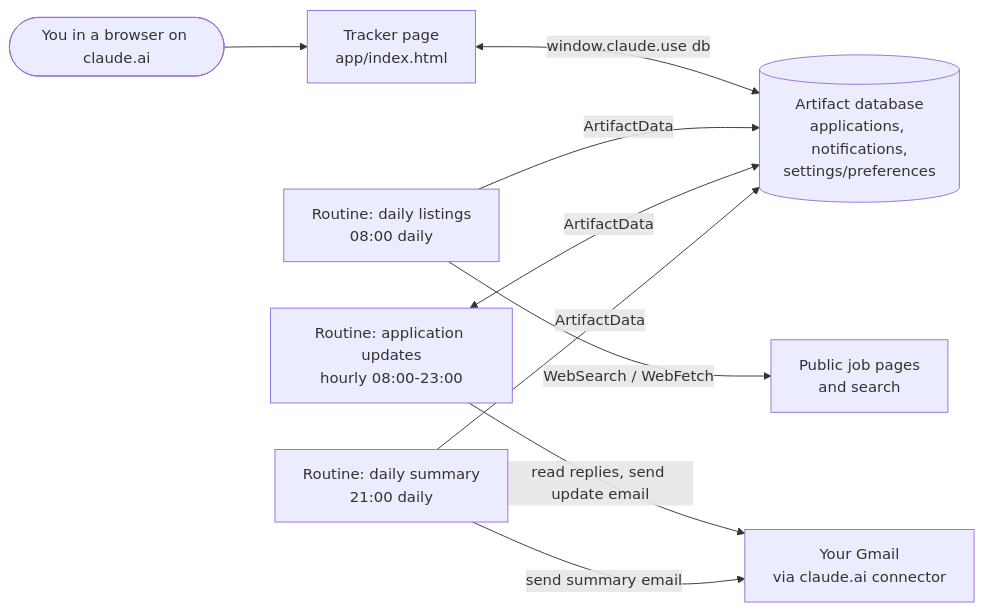
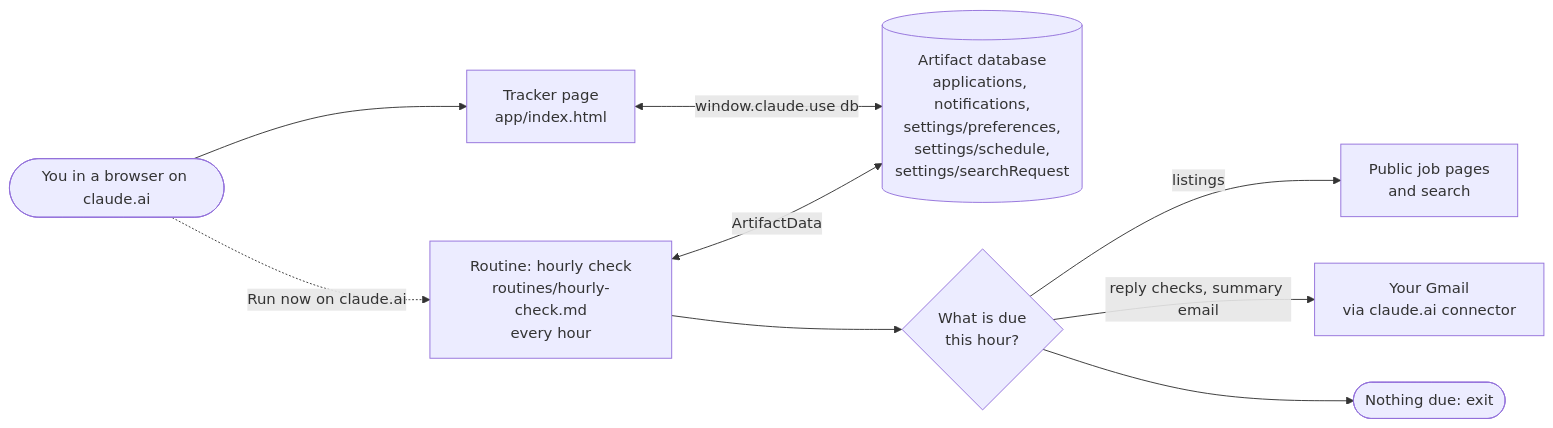
The diagram in README.md (ramcoded/job-hunt-tracker), drawn with Mermaid before and after one commit. The commit also changed other lines of this file and 8 other files, not shown here.

First line of the commit message:
Editable schedule, Find jobs now, and listing dates

````diff
--- a/README.md
+++ b/README.md
@@ -23,20 +33,20 @@
 ```mermaid
 flowchart LR
   user([You in a browser on claude.ai])
   page[Tracker page<br/>app/index.html]
-  db[(Artifact database<br/>applications, notifications,<br/>settings/preferences)]
-  listings[Routine: daily listings<br/>08:00 daily]
-  updates[Routine: application updates<br/>hourly 08:00-23:00]
-  summary[Routine: daily summary<br/>21:00 daily]
+  db[(Artifact database<br/>applications, notifications,<br/>settings/preferences,<br/>settings/schedule,<br/>settings/searchRequest)]
+  routine[Routine: hourly check<br/>routines/hourly-check.md<br/>every hour]
+  due{What is due<br/>this hour?}
   web[Public job pages<br/>and search]
   gmail[Your Gmail<br/>via claude.ai connector]
+  stop([Nothing due: exit])
 
   user --> page
+  user -.->|Run now on claude.ai| routine
   page <-->|window.claude.use db| db
-  listings -->|ArtifactData| db
-  listings -->|WebSearch / WebFetch| web
-  updates <-->|ArtifactData| db
-  updates -->|read replies, send update email| gmail
-  summary -->|ArtifactData| db
-  summary -->|send summary email| gmail
+  routine <-->|ArtifactData| db
+  routine --> due
+  due -->|listings| web
+  due -->|reply checks, summary email| gmail
+  due --> stop
 ```
````
